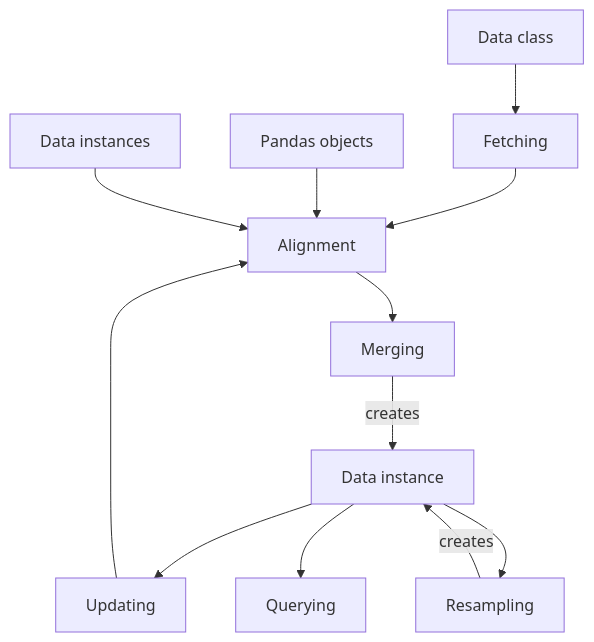
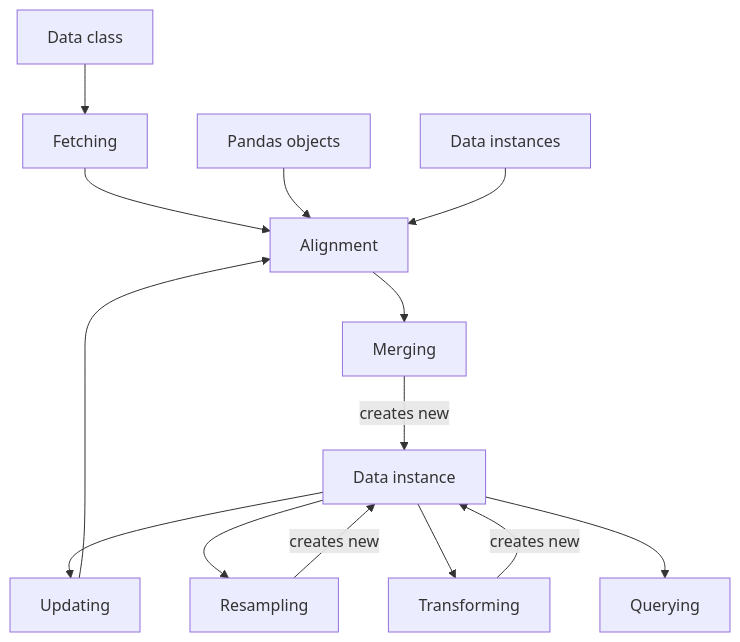
Before and after one commit to IgorDrgonec/VectorBT-Flask: the diagram in docs/docs/documentation/data/index.md, drawn with Mermaid. The commit also changed other lines of this file and 25 other files, not shown here.

````diff
--- a/docs/docs/documentation/data/index.md
+++ b/docs/docs/documentation/data/index.md
@@ -21,25 +21,28 @@
 ```mermaid
 flowchart TD;
     id1["Data class"]
     id2["Fetching"]
     id3["Pandas objects"]
     id4["Data instances"]
     id5["Alignment"]
     id6["Merging"]
     id7["Data instance"]
     id8["Updating"]
     id9["Querying"]
     id10["Resampling"]
+    id11["Transforming"]
     
     id1 --> id2;
     id2 --> id5;
     id3 --> id5;
     id4 --> id5;
     id5 --> id6;
-    id6 -->|"creates"| id7;
+    id6 -->|"creates new"| id7;
     id7 --> id8;
     id7 --> id10;
-    id10 -->|"creates"| id7;
+    id10 -->|"creates new"| id7;
+    id7 --> id11;
+    id11 -->|"creates new"| id7;
     id8 --> id5;
     id7 --> id9;
 ```
````
